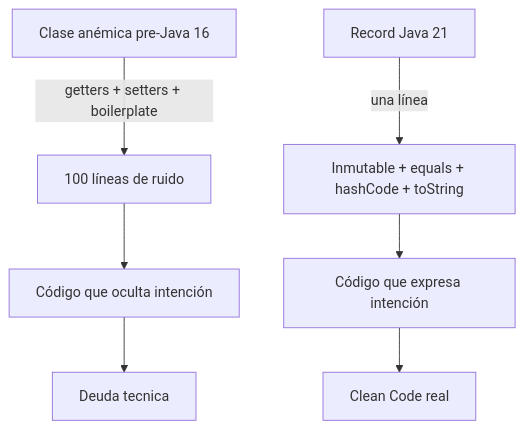
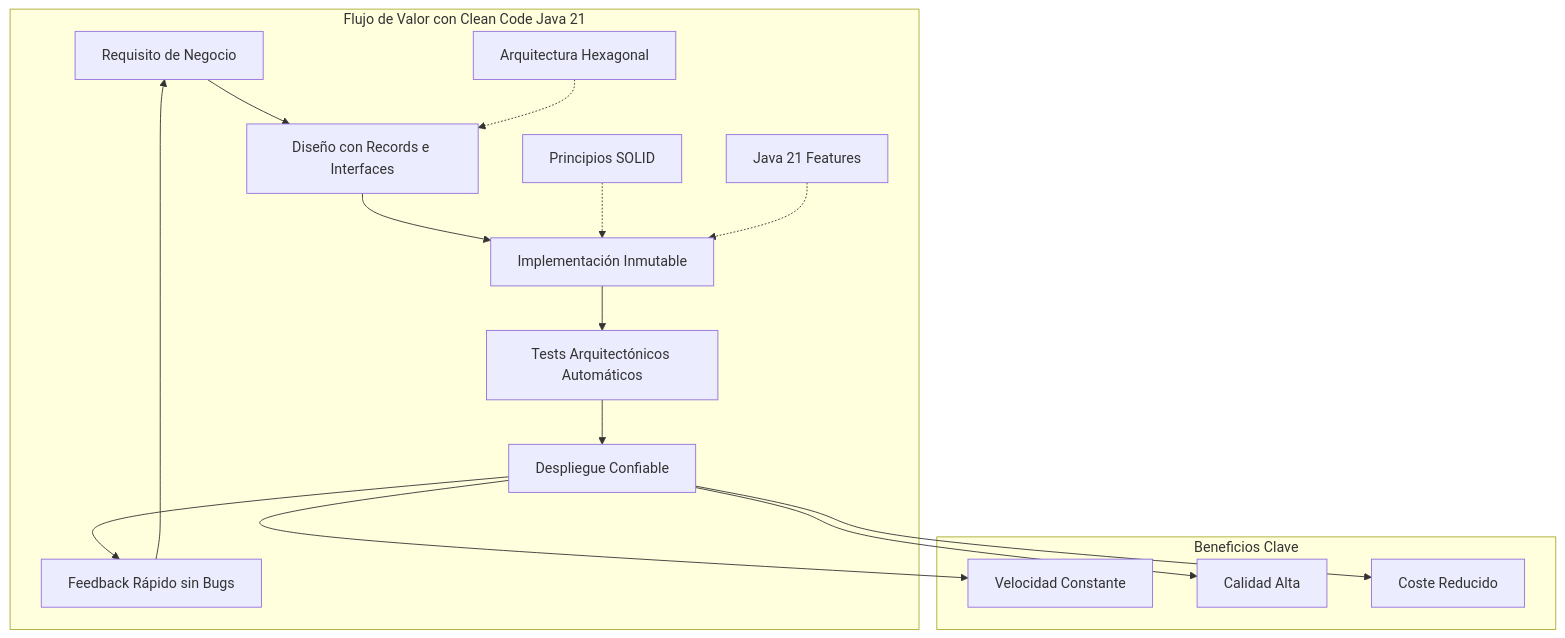
One commit to Joaquinriosheredia/DAM-Java-Mastery changed the first of 4 diagrams in 01_Java_Core/clean_code_y_solid_con_java_21_STAFF.md. Above: the diagram before and after it, drawn with Mermaid. The commit also changed other lines of this file, not shown here.

Commit message:
clean_code_y_solid_con_java_21_STAFF.md

````diff
--- a/01_Java_Core/clean_code_y_solid_con_java_21_STAFF.md
+++ b/01_Java_Core/clean_code_y_solid_con_java_21_STAFF.md
@@ -31,9 +38,21 @@
 ```mermaid
 graph TD
-    A[Clase anémica pre-Java 16] -->|getters + setters + boilerplate| B[100 líneas de ruido]
-    C[Record Java 21] -->|una línea| D[Inmutable + equals + hashCode + toString]
-    D --> E[Código que expresa intención]
-    B --> F[Código que oculta intención]
-    E --> G[Clean Code real]
-    F --> H[Deuda tecnica]
+    subgraph "Flujo de Valor con Clean Code Java 21"
+        REQ[Requisito de Negocio] --> DESIGN[Diseño con Records e Interfaces]
+        DESIGN --> CODE[Implementación Inmutable]
+        CODE --> TEST[Tests Arquitectónicos Automáticos]
+        TEST --> DEPLOY[Despliegue Confiable]
+        DEPLOY --> FEEDBACK[Feedback Rápido sin Bugs]
+        FEEDBACK --> REQ
+        
+        ARCH[Arquitectura Hexagonal] -.-> DESIGN
+        SOLID[Principios SOLID] -.-> CODE
+        JAVA21[Java 21 Features] -.-> CODE
+    end
+    
+    subgraph "Beneficios Clave"
+        DEPLOY --> SPEED[Velocidad Constante]
+        DEPLOY --> QUALITY[Calidad Alta]
+        DEPLOY --> COST[Coste Reducido]
+    end
 ```
````
